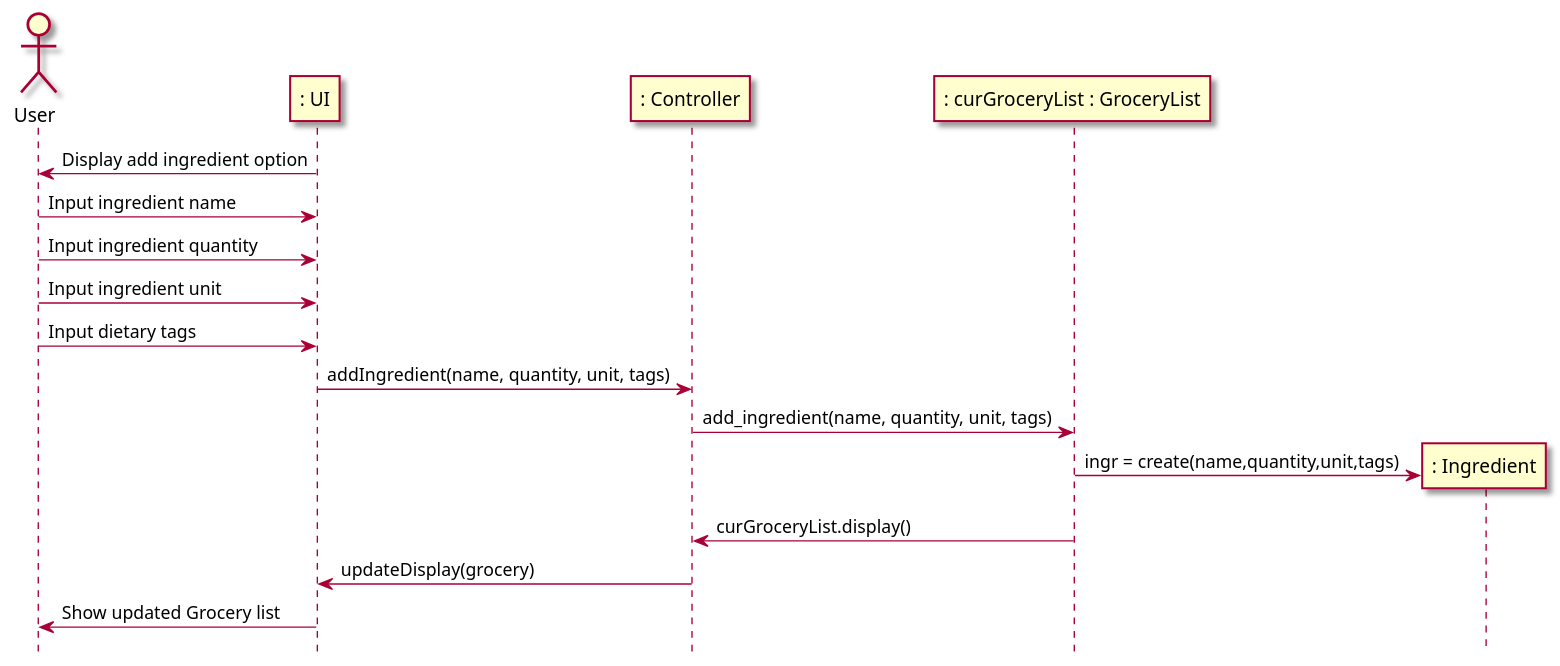
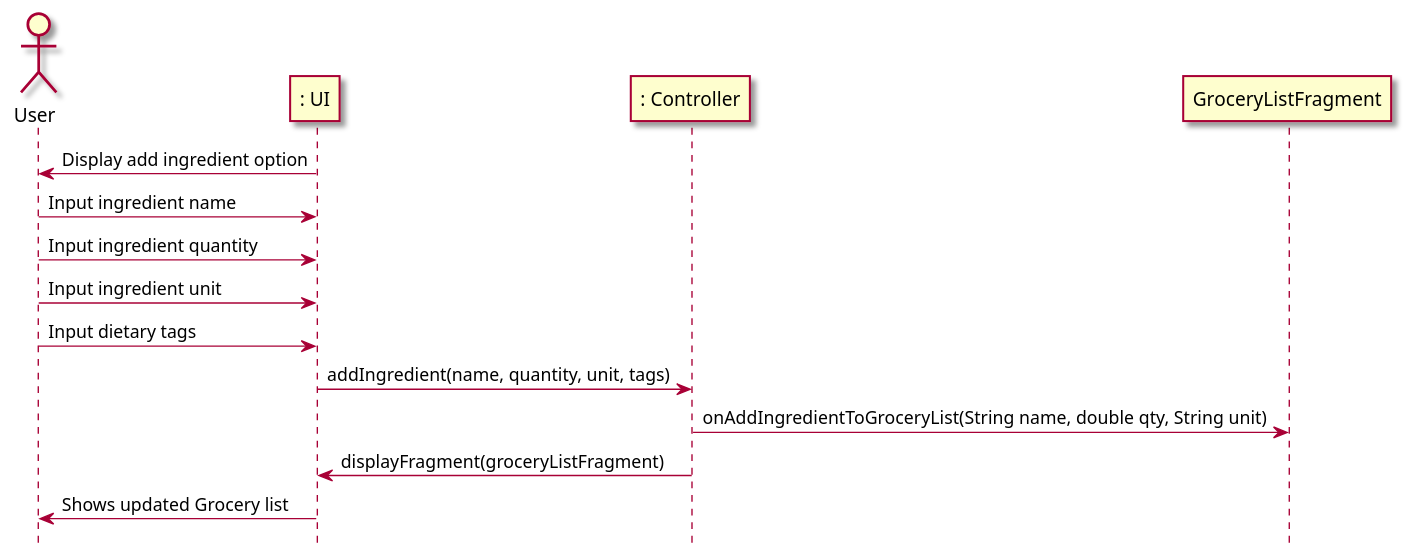
Before and after one commit to berthashipper/Pantry-Pal-Android-Application: the second of 4 diagrams in intellij/doc/use-cases/manage_grocery_list.md, drawn with PlantUML. The commit also changed other lines of this file, not shown here.

Commit message:
Updated manage_grocery_list use case to use method call notation

`````diff
--- a/intellij/doc/use-cases/manage_grocery_list.md
+++ b/intellij/doc/use-cases/manage_grocery_list.md
@@ -90,27 +90,23 @@
 ```plantuml
 ```plantuml
 @startuml
 skin rose
 
 hide footbox
 
 actor User as user
 participant ": UI" as ui
 participant ": Controller"  as cont
-participant ": curGroceryList : GroceryList" as grocery
-participant ": Ingredient" as ingr
 
 ui -> user : Display add ingredient option
 user -> ui : Input ingredient name
 user -> ui : Input ingredient quantity
 user -> ui : Input ingredient unit
 user -> ui : Input dietary tags
 ui -> cont : addIngredient(name, quantity, unit, tags)
-cont -> grocery : add_ingredient(name, quantity, unit, tags)
-grocery -> ingr **: ingr = create(name,quantity,unit,tags)
-grocery -> cont : curGroceryList.display()
-cont -> ui : updateDisplay(grocery)
-ui -> user : Show updated Grocery list
+cont -> GroceryListFragment : onAddIngredientToGroceryList(String name, double qty, String unit)
+cont -> ui : displayFragment(groceryListFragment)
+ui -> user : Shows updated Grocery list
 
 @enduml
 ````
`````
